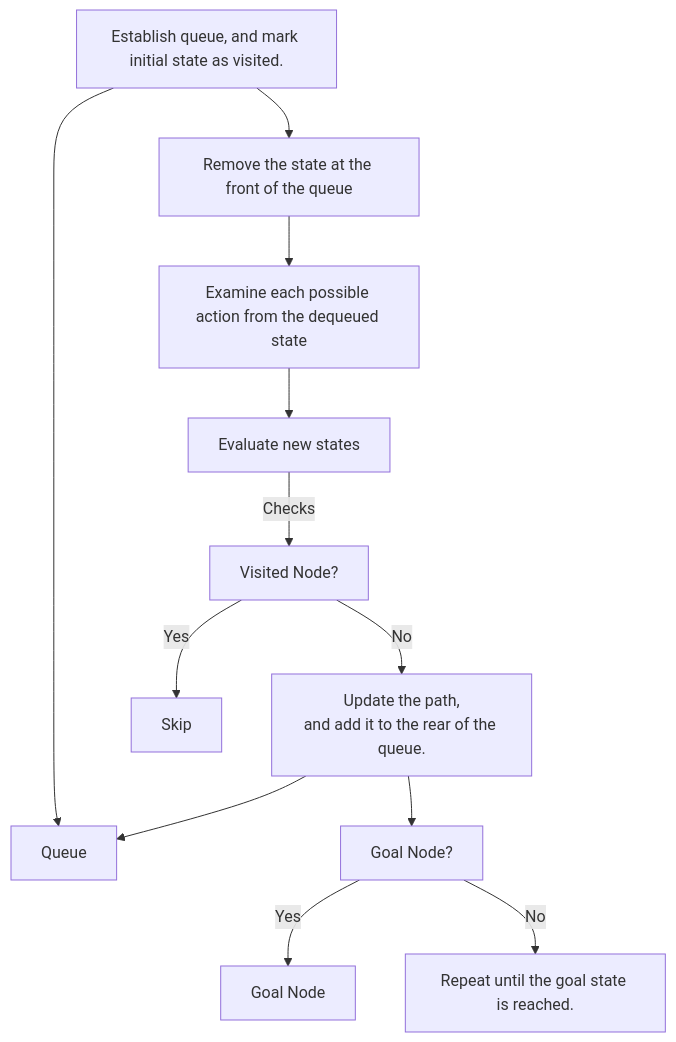
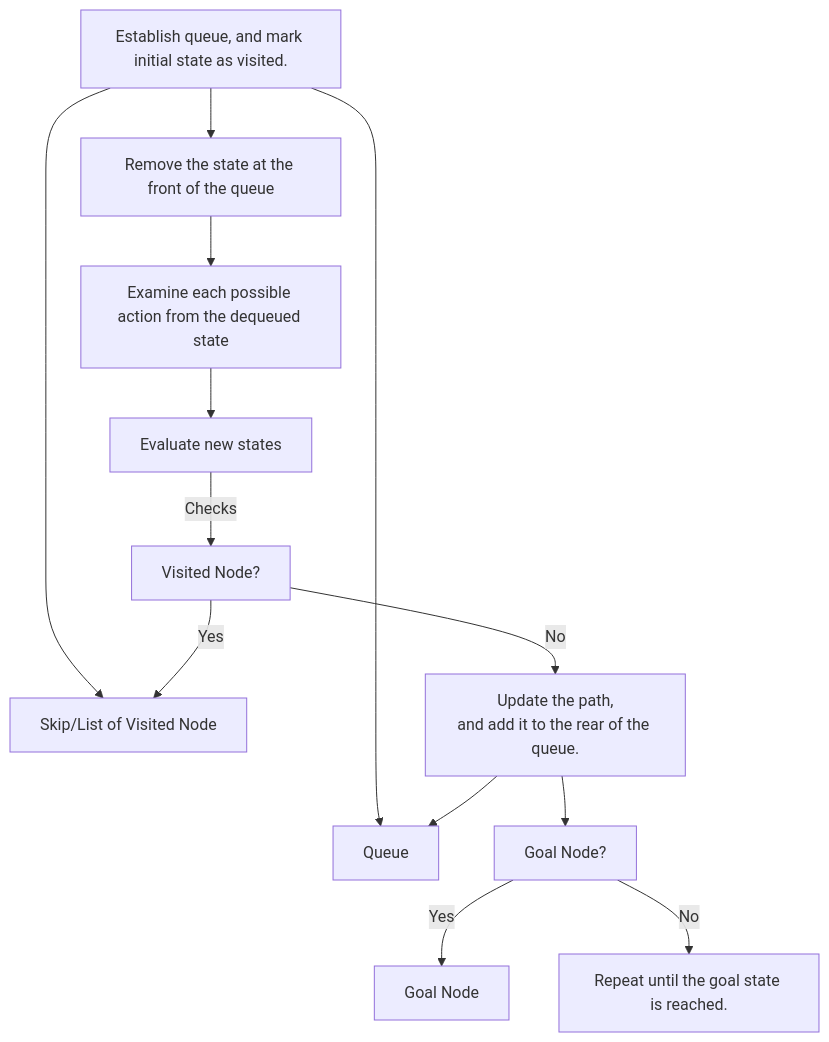
One commit to NosrevytsNg/Taxi-v3-Search-Agent changed the third of 3 diagrams in README.md. Above: the diagram before and after it, drawn with Mermaid.

````diff
--- a/README.md
+++ b/README.md
@@ -139,16 +139,17 @@
 ```mermaid
 flowchart TD
 
 A[Establish queue, and mark initial state as visited.]
 A --> W[Queue]
+A --> X[Skip/List of Visited Node]
 A --> B[Remove the state at the front of the queue]
 B --> C[Examine each possible action from the dequeued state]
 C --> D[Evaluate new states]
 D --> |Checks| Y[Visited Node?]
 Y -->|No| E[Update the path,<br>and add it to the rear of the queue.]
-Y -->|Yes| X[Skip]
+Y -->|Yes| X
 E --> W
 E --> Z[Goal Node?]
 Z --> |Yes| U[Goal Node]
 Z --> |No| F[Repeat until the goal state is reached.]
 ```
````
